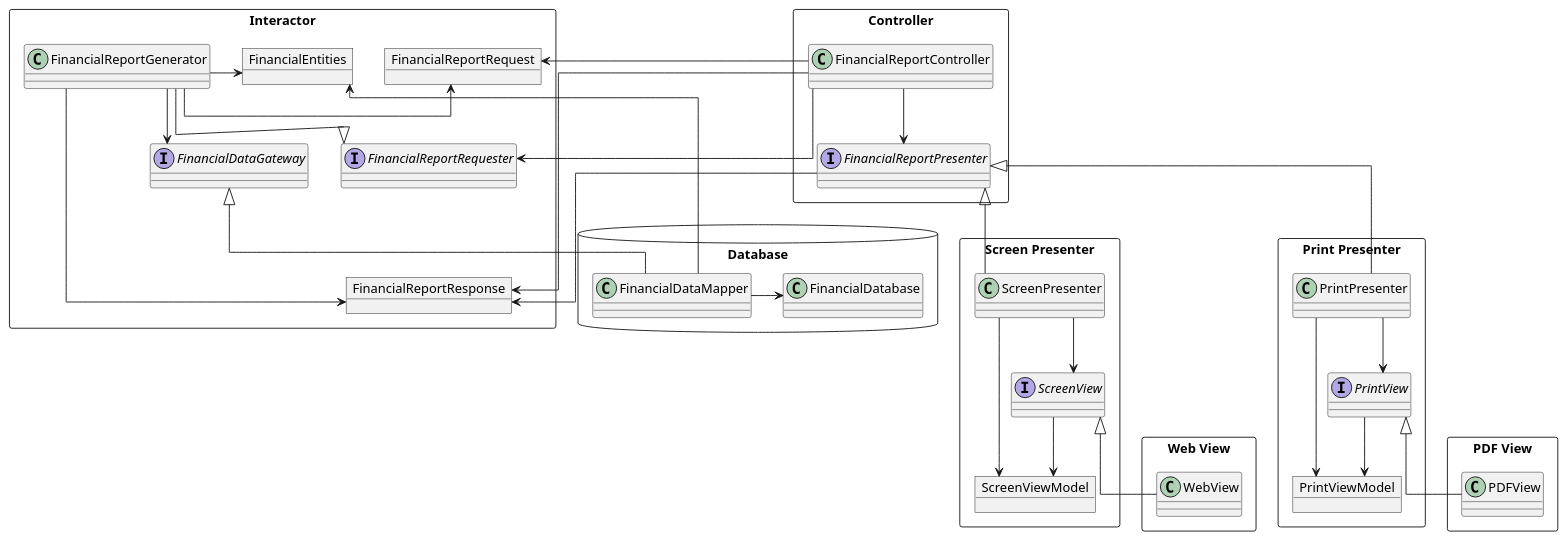
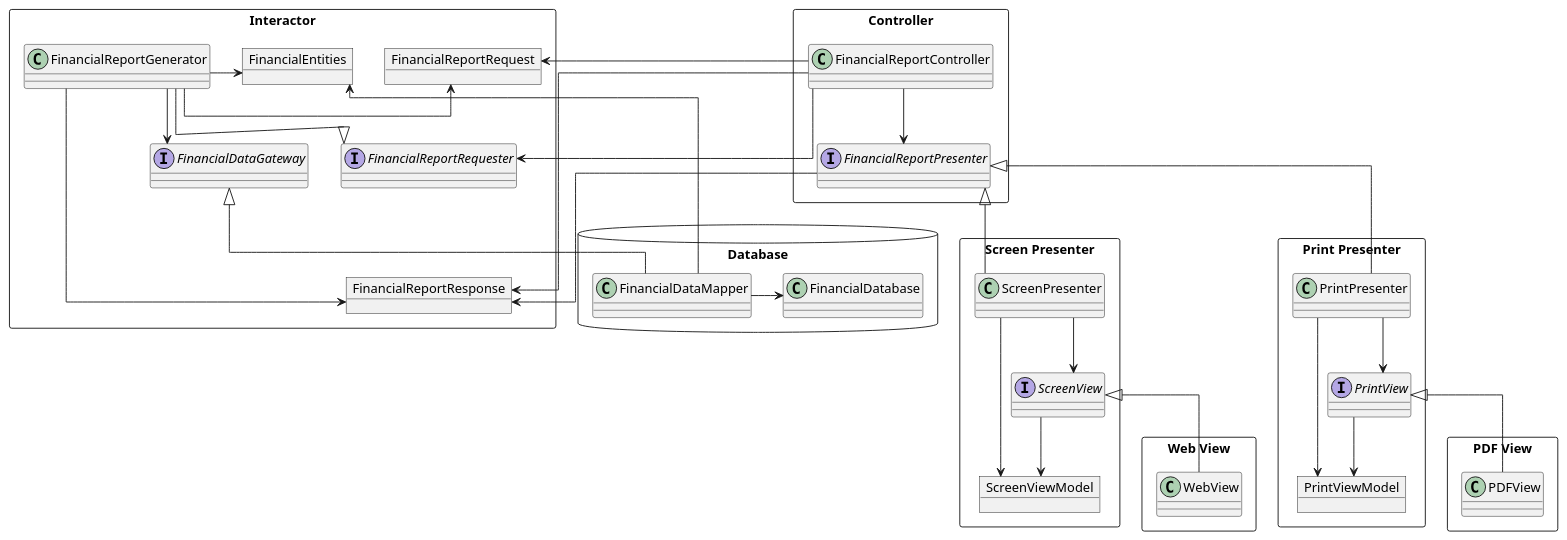
One commit to huland/logseq-notes changed the third of 3 diagrams in pages/Robert C. Martin - Clean Architecture A Craftsman's Guide to Software Structure and Design.md. Above: the diagram before and after it, drawn with PlantUML.

Commit message:
Auto saved by Logseq

```diff
--- a/pages/Robert C. Martin - Clean Architecture A Craftsman's Guide to Software Structure and Design.md
+++ b/pages/Robert C. Martin - Clean Architecture A Craftsman's Guide to Software Structure and Design.md
@@ -251,10 +251,12 @@
 				  ScreenPresenter -[hidden]u-> FinancialReportRequest
 				  ScreenPresenter -[hidden]d-> ScreenViewModel
 				  ScreenPresenter -[hidden]d-> ScreenView
+				  ScreenView -[hidden]u-> ScreenViewModel
 				  
 				  PrintPresenter -[hidden]u-> FinancialReportRequest
 				  PrintPresenter -[hidden]d-> PrintViewModel
 				  PrintPresenter -[hidden]d-> PrintView
+				  PrintView -[hidden]u-> PrintViewModel
 				  
 				  
 				  FinancialReportGenerator -l-> FinancialReportRequest
```
